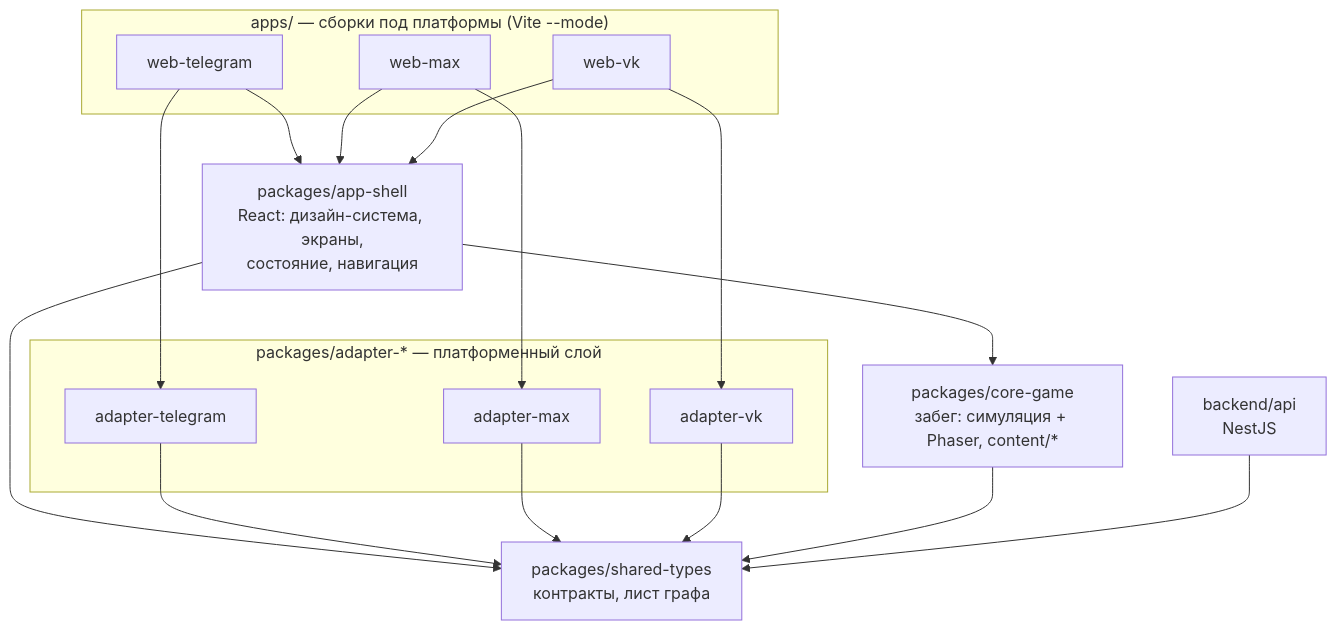
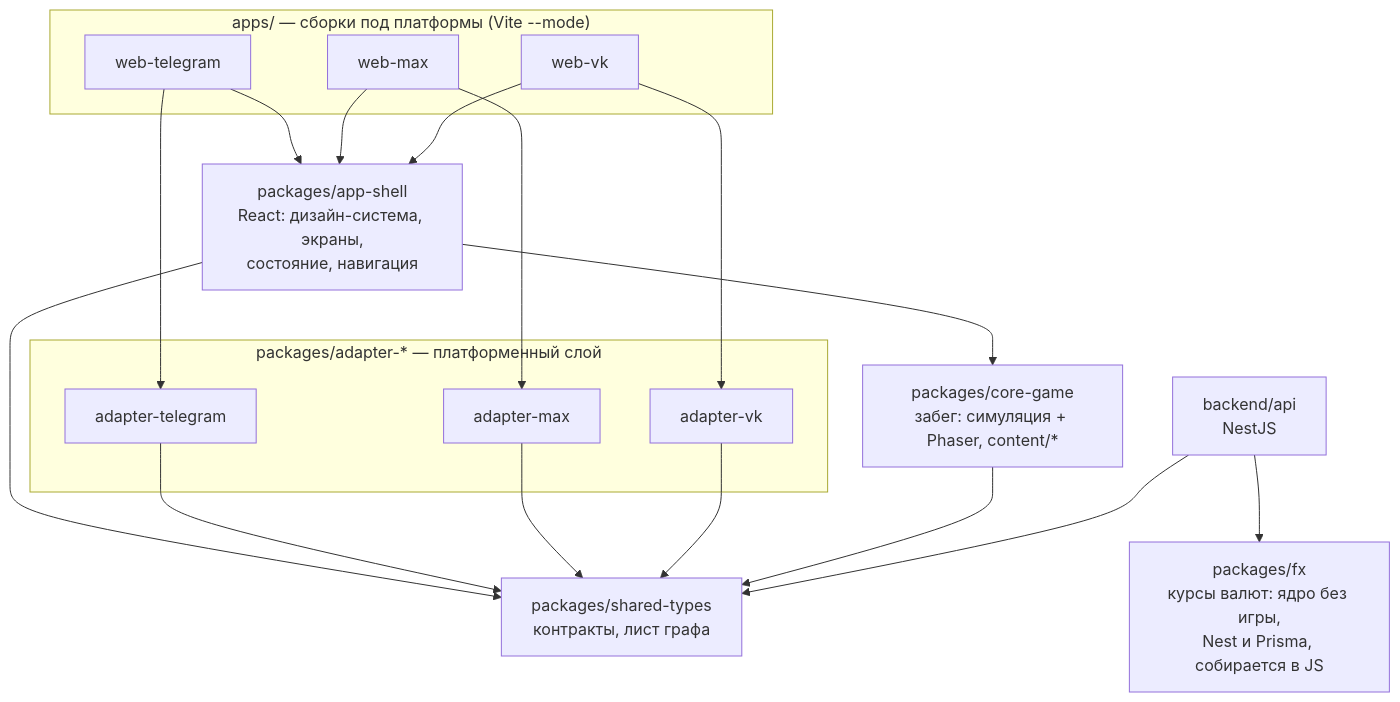
Before and after one commit to JJSGxKD/rubezh: the fifth of 23 diagrams in docs/21-diagrams.md, drawn with Mermaid. The commit also changed other lines of this file and 21 other files, not shown here.

First line of the commit message:
feat(api): Обновлять курсы валют по расписанию

````diff
--- a/docs/21-diagrams.md
+++ b/docs/21-diagrams.md
@@ -589,34 +646,36 @@
 ```mermaid
 flowchart TD
     subgraph apps["apps/ — сборки под платформы (Vite --mode)"]
         WT["web-telegram"]
         WM["web-max"]
         WV["web-vk"]
     end
 
     subgraph adapters["packages/adapter-* — платформенный слой"]
         AT["adapter-telegram"]
         AM["adapter-max"]
         AV["adapter-vk"]
     end
 
     SH["packages/app-shell<br/>React: дизайн-система, экраны,<br/>состояние, навигация"]
     CG["packages/core-game<br/>забег: симуляция + Phaser, content/*"]
     ST["packages/shared-types<br/>контракты, лист графа"]
+    FX["packages/fx<br/>курсы валют: ядро без игры,<br/>Nest и Prisma, собирается в JS"]
     API["backend/api<br/>NestJS"]
 
     WT --> SH
     WT --> AT
     WM --> SH
     WM --> AM
     WV --> SH
     WV --> AV
 
     SH --> CG
     SH --> ST
     AT --> ST
     AM --> ST
     AV --> ST
     CG --> ST
     API --> ST
+    API --> FX
 ```
````
